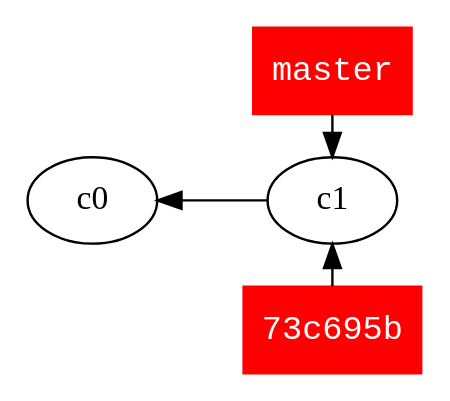
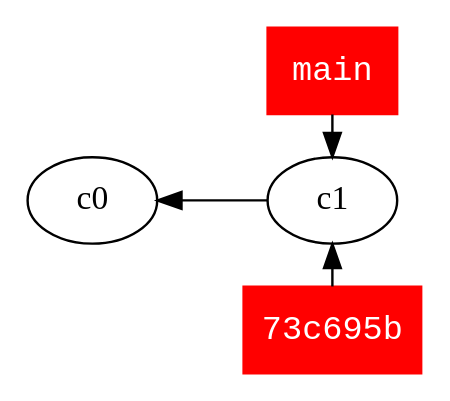
The second of 4 diagrams in documentation/source/git-uso-basico.rst (fraya/Git-taller), drawn with Graphviz before and after one commit. The commit also changed other lines of this file, not shown here.

Commit message:
Replace 'master' for 'main"

```diff
--- a/documentation/source/git-uso-basico.rst
+++ b/documentation/source/git-uso-basico.rst
@@ -684,25 +684,25 @@
  .. graphviz::
-    :caption: Rama master tras commit ``73c695b``
+    :caption: Rama main tras commit ``73c695b``
     :align: center
 
     digraph G {
 	    rankdir="RL";
 	    splines=line;
 
 	    c1 -> c0
 
 	    {
 	        rank=same;
 		node [
 		    style=filled,
 		    color=red,
 		    fillcolor=red,
 		    shape=rectangle,
 		    fontname=monospace,
 		    fontcolor=white
 		]
 
 		c1 -> "73c695b" [dir=back]
-		master -> c1
+		main -> c1
 	    }
     }
```
